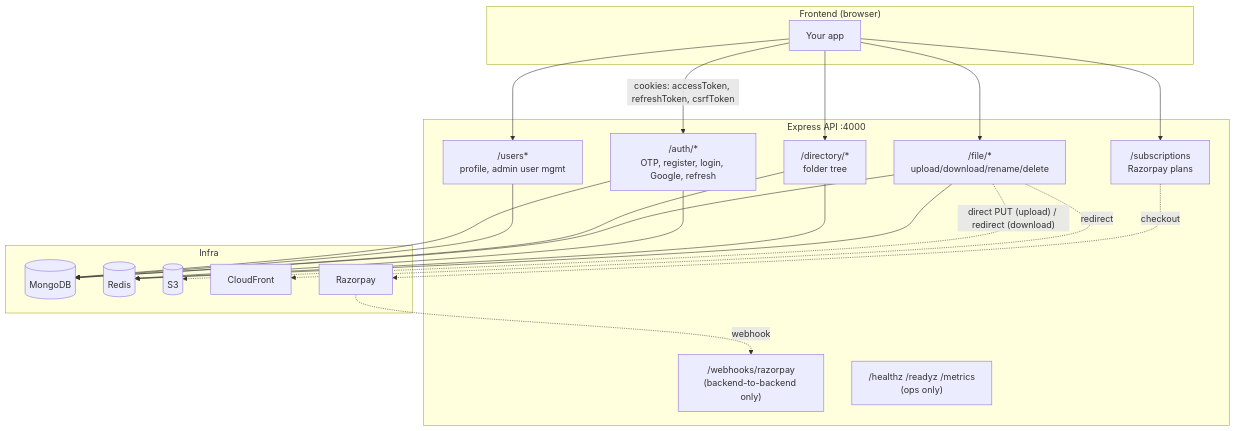
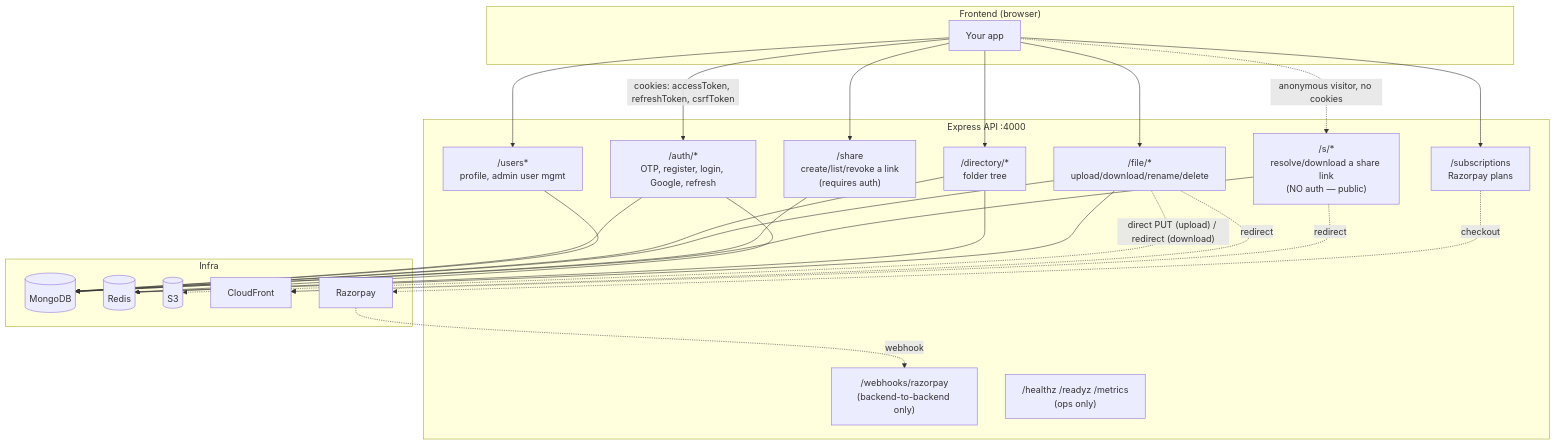
Before and after one commit to anupamsingh-engineer/NeoDrive: the first of 2 diagrams in backend/docs/frontend-integration-guide.md, drawn with Mermaid. The commit also changed other lines of this file and 15 other files, not shown here.

````diff
--- a/backend/docs/frontend-integration-guide.md
+++ b/backend/docs/frontend-integration-guide.md
@@ -11,42 +11,49 @@
 ```mermaid
 flowchart TB
     subgraph Client["Frontend (browser)"]
         UI[Your app]
     end
 
     subgraph API["Express API :4000"]
         AUTH["/auth/*<br/>OTP, register, login, Google, refresh"]
         USERS["/users*<br/>profile, admin user mgmt"]
         DIR["/directory/*<br/>folder tree"]
         FILE["/file/*<br/>upload/download/rename/delete"]
+        SHARE["/share<br/>create/list/revoke a link<br/>(requires auth)"]
+        PUBSHARE["/s/*<br/>resolve/download a share link<br/>(NO auth — public)"]
         SUB["/subscriptions<br/>Razorpay plans"]
         HOOK["/webhooks/razorpay<br/>(backend-to-backend only)"]
         HEALTH["/healthz /readyz /metrics<br/>(ops only)"]
     end
 
     subgraph Data["Infra"]
         MONGO[(MongoDB)]
         REDIS[(Redis)]
         S3[(S3)]
         CF[CloudFront]
         RZP[Razorpay]
     end
 
     UI -- "cookies: accessToken, refreshToken, csrfToken" --> AUTH
     UI --> USERS
     UI --> DIR
     UI --> FILE
+    UI --> SHARE
+    UI -. "anonymous visitor, no cookies" .-> PUBSHARE
     UI --> SUB
     FILE -. "direct PUT (upload) / redirect (download)" .-> S3
     FILE -. redirect .-> CF
+    PUBSHARE -. redirect .-> CF
     SUB -. checkout .-> RZP
     RZP -. webhook .-> HOOK
 
     AUTH --> MONGO
     AUTH --> REDIS
     USERS --> MONGO
     DIR --> MONGO
     DIR --> REDIS
     FILE --> MONGO
     FILE --> REDIS
+    SHARE --> MONGO
+    PUBSHARE --> MONGO
 ```
````
